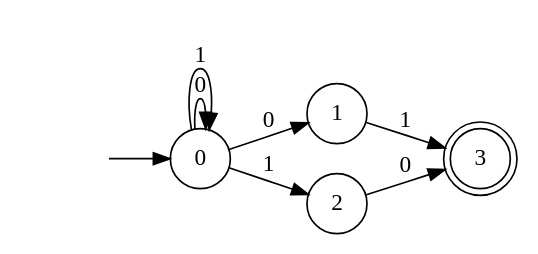
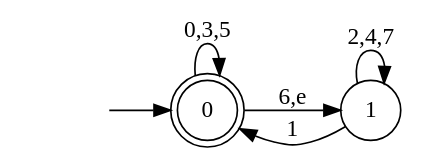
Before and after one commit to Umato/computer_practices: the diagram in NFA/NFA.gv, drawn with Graphviz. The commit also changed 12 other files, not shown here.

```diff
--- a/NFA/NFA.gv
+++ b/NFA/NFA.gv
@@ -1,13 +1,11 @@
 digraph finite_state_machine{
 	rankdir=LR;
-	node [shape = doublecircle]; 3;
+	node [shape = doublecircle]; 0;
 	node [shape = circle];
 	init [shape=none, label=""];
 	init -> 0;
-	0 -> 0 [label = "0"];
-	0 -> 1 [label = "0"];
-	0 -> 0 [label = "1"];
-	0 -> 2 [label = "1"];
-	1 -> 3 [label = "1"];
-	2 -> 3 [label = "0"];
+	0 -> 0 [label = "0,3,5"];
+	0 -> 1 [label = "6,e"];
+	1 -> 0 [label = "1"];
+	1 -> 1 [label = "2,4,7"];
 }
```
